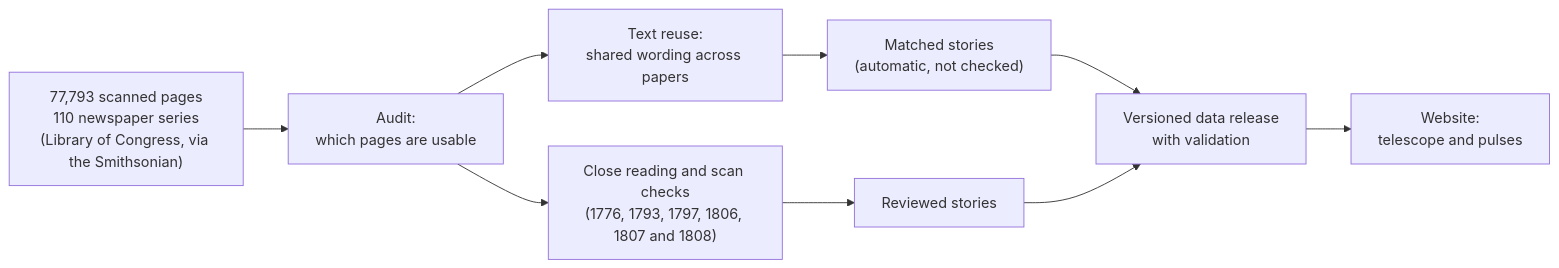
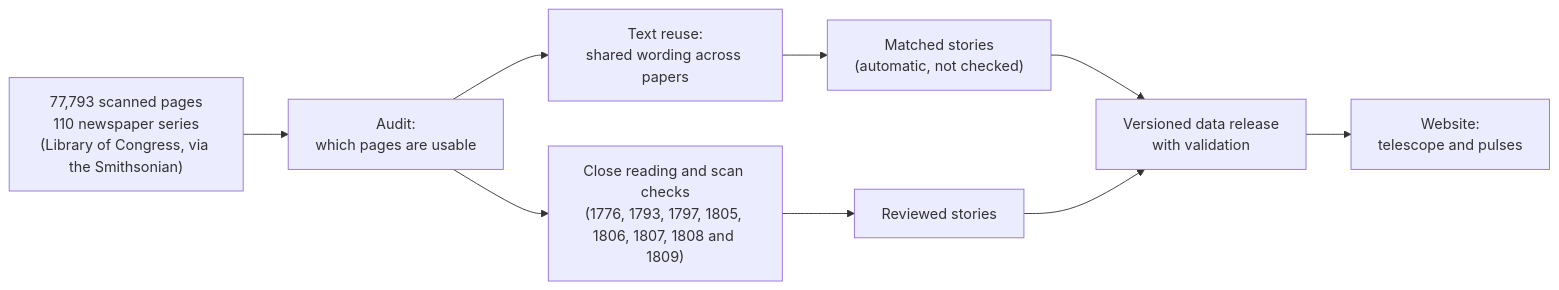
One commit to Major-Studio-1/Project-02-newspaper-night-sky changed the diagram in README.md. Above: the diagram before and after it, drawn with Mermaid. The commit also changed other lines of this file and 845 other files, not shown here.

````diff
--- a/README.md
+++ b/README.md
@@ -39,10 +39,10 @@
 ```mermaid
 flowchart LR
   A["77,793 scanned pages<br/>110 newspaper series<br/>(Library of Congress, via the Smithsonian)"] --> B["Audit:<br/>which pages are usable"]
   B --> C["Text reuse:<br/>shared wording across papers"]
   C --> D["Matched stories<br/>(automatic, not checked)"]
-  B --> E["Close reading and scan checks<br/>(1776, 1793, 1797, 1806, 1807 and 1808)"]
+  B --> E["Close reading and scan checks<br/>(1776, 1793, 1797, 1805, 1806, 1807, 1808 and 1809)"]
   E --> F["Reviewed stories"]
   D & F --> G["Versioned data release<br/>with validation"]
   G --> H["Website:<br/>telescope and pulses"]
 ```
````
